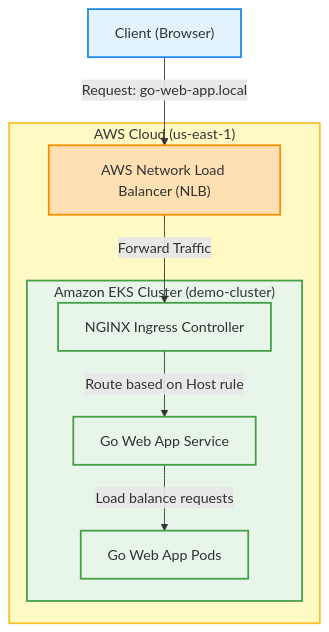
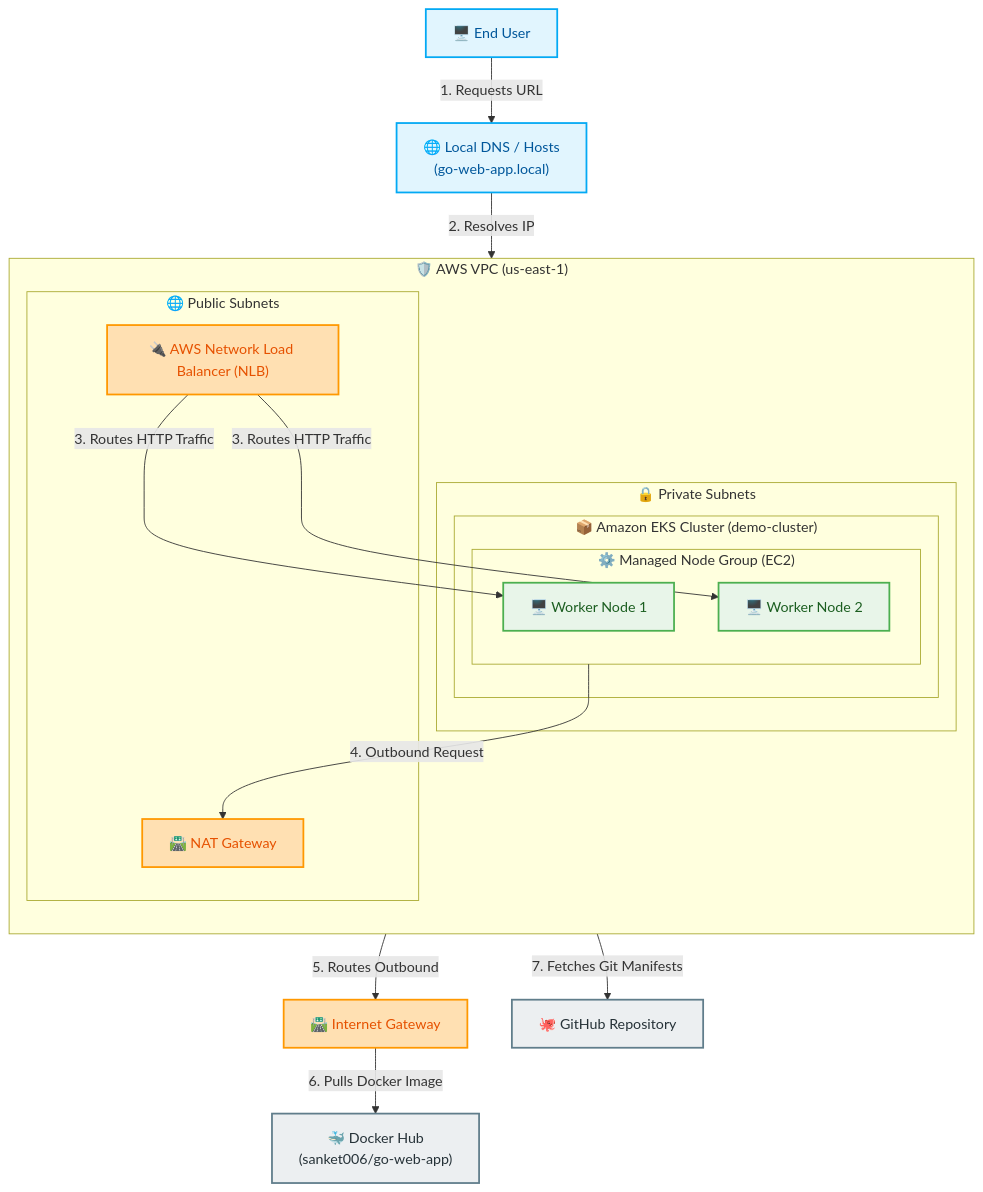
One commit to Sanket006/golang-eks-gitops-pipeline changed the first of 3 diagrams in docs/architecture-diagrams.md. Above: the diagram before and after it, drawn with Mermaid. The commit also changed other lines of this file, not shown here.

Commit message:
docs: add architecture diagrams and workflow explanations

````diff
--- a/docs/architecture-diagrams.md
+++ b/docs/architecture-diagrams.md
@@ -14,28 +11,45 @@
 ```mermaid
-graph TD
-    %% Styling definitions
-    classDef client fill:#e3f2fd,stroke:#1e88e5,stroke-width:2px
-    classDef aws fill:#ffe0b2,stroke:#fb8c00,stroke-width:2px
-    classDef k8s fill:#e8f5e9,stroke:#43a047,stroke-width:2px
-    classDef component fill:#ffffff,stroke:#757575,stroke-width:1px
+flowchart TD
+    classDef default fill:#f9f9f9,stroke:#333,stroke-width:1px,color:#1a1a1a;
+    classDef user fill:#e1f5fe,stroke:#03a9f4,stroke-width:2px,color:#01579b;
+    classDef aws fill:#ffe0b2,stroke:#ff9800,stroke-width:2px,color:#e65100;
+    classDef k8s fill:#e8f5e9,stroke:#4caf50,stroke-width:2px,color:#1b5e20;
+    classDef ext fill:#eceff1,stroke:#607d8b,stroke-width:2px,color:#263238;
 
-    Client["Client (Browser)"]:::client
+    User["🖥️ End User"]:::user
+    DNS["🌐 Local DNS / Hosts<br>(go-web-app.local)"]:::user
+    NLB["🔌 AWS Network Load Balancer (NLB)"]:::aws
+    IGW["🛣️ Internet Gateway"]:::aws
+    NAT["🛣️ NAT Gateway"]:::aws
     
-    subgraph AWS["AWS Cloud (us-east-1)"]
-        NLB["AWS Network Load Balancer (NLB)"]:::aws
-        
-        subgraph EKS["Amazon EKS Cluster (demo-cluster)"]
-            IngressCtrl["NGINX Ingress Controller"]:::k8s
-            AppService["Go Web App Service"]:::k8s
-            AppPods["Go Web App Pods"]:::k8s
+    DockerHub["🐳 Docker Hub<br>(sanket006/go-web-app)"]:::ext
+    GitHub["🐙 GitHub Repository"]:::ext
+
+    subgraph VPC ["🛡️ AWS VPC (us-east-1)"]
+        direction TB
+        subgraph PubSubnet ["🌐 Public Subnets"]
+            NLB
+            NAT
+        end
+        subgraph PrivSubnet ["🔒 Private Subnets"]
+            subgraph EKS ["📦 Amazon EKS Cluster (demo-cluster)"]
+                subgraph Nodes ["⚙️ Managed Node Group (EC2)"]
+                    Worker1["🖥️ Worker Node 1"]:::k8s
+                    Worker2["🖥️ Worker Node 2"]:::k8s
+                end
+            end
         end
     end
 
-    style AWS fill:#fff9c4,stroke:#fbc02d,stroke-width:2px
-    style EKS fill:#e8f5e9,stroke:#43a047,stroke-width:2px
-
-    Client -- "Request: go-web-app.local" --> NLB
-    NLB -- "Forward Traffic" --> IngressCtrl
-    IngressCtrl -- "Route based on Host rule" --> AppService
-    AppService -- "Load balance requests" --> AppPods
+    %% Connections
+    User -->|1. Requests URL| DNS
+    DNS -->|2. Resolves IP| NLB
+    NLB -->|3. Routes HTTP Traffic| Worker1
+    NLB -->|3. Routes HTTP Traffic| Worker2
+    
+    %% Outbound
+    Nodes -->|4. Outbound Request| NAT
+    NAT -->|5. Routes Outbound| IGW
+    IGW -->|6. Pulls Docker Image| DockerHub
+    Nodes -->|7. Fetches Git Manifests| GitHub
 ```
````
